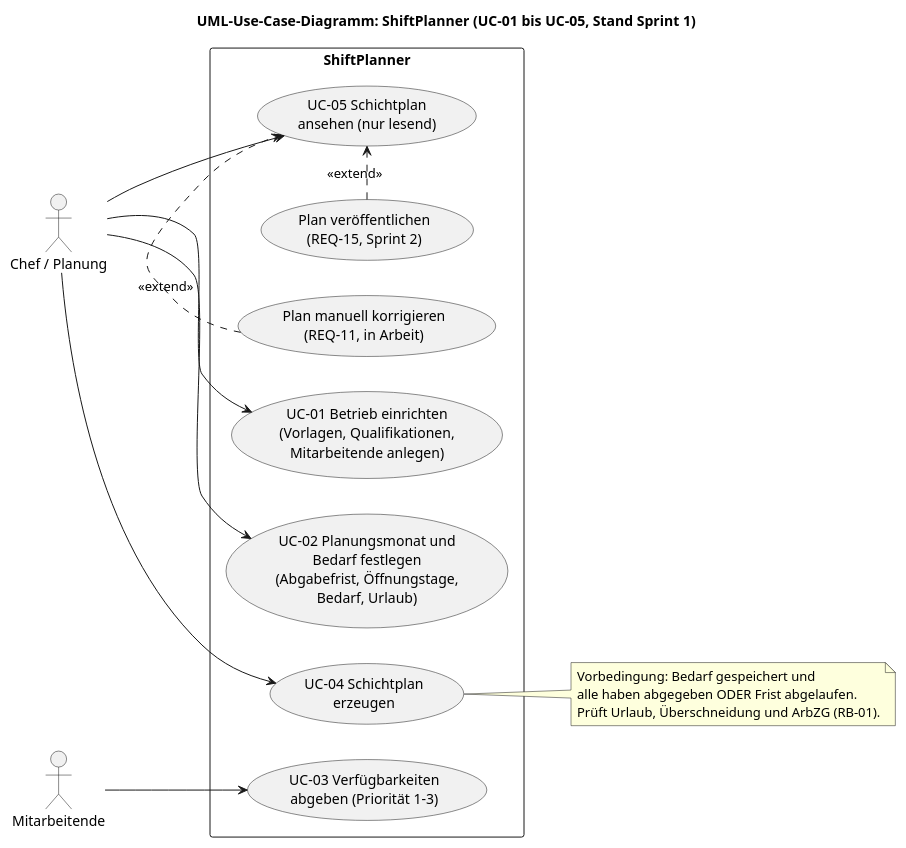
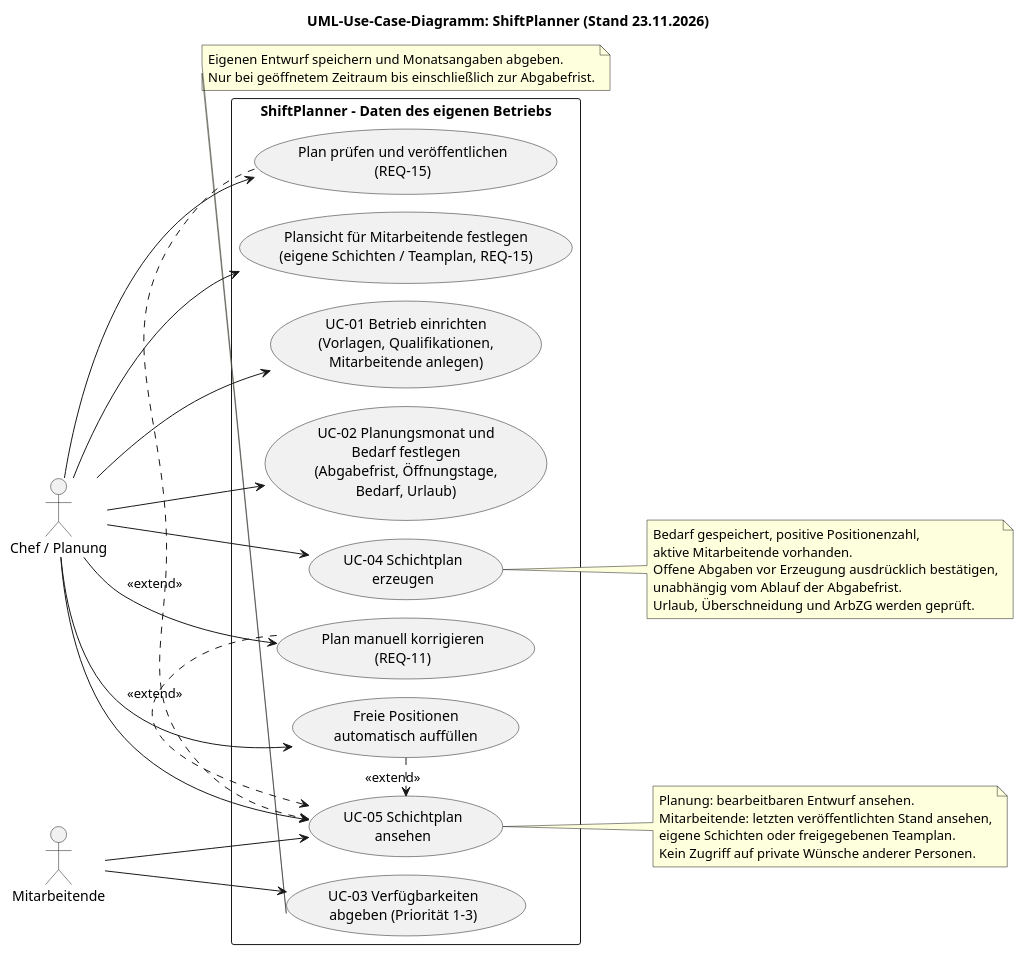
Before and after one commit to shiftplanner-hsfl-team/shiftplanner: the diagram in docs/design/use_case.puml, drawn with PlantUML. The commit also changed 8 other files, not shown here.

Commit message:
DESIGN #58: Übrige Entwurfsdiagramme und Architektur nachziehen

```diff
--- a/docs/design/use_case.puml
+++ b/docs/design/use_case.puml
@@ -1,35 +1,51 @@
 @startuml
-title UML-Use-Case-Diagramm: ShiftPlanner (UC-01 bis UC-05, Stand Sprint 1)
-
+!pragma layout smetana
+title UML-Use-Case-Diagramm: ShiftPlanner (Stand 23.11.2026)
 left to right direction
 skinparam packageStyle rectangle
 
 actor "Chef / Planung" as chef
 actor "Mitarbeitende" as employee
-
-rectangle "ShiftPlanner" {
+rectangle "ShiftPlanner – Daten des eigenen Betriebs" {
   usecase "UC-01 Betrieb einrichten\n(Vorlagen, Qualifikationen,\nMitarbeitende anlegen)" as UC1
   usecase "UC-02 Planungsmonat und\nBedarf festlegen\n(Abgabefrist, Öffnungstage,\nBedarf, Urlaub)" as UC2
   usecase "UC-03 Verfügbarkeiten\nabgeben (Priorität 1–3)" as UC3
   usecase "UC-04 Schichtplan\nerzeugen" as UC4
-  usecase "UC-05 Schichtplan\nansehen (nur lesend)" as UC5
-  usecase "Plan manuell korrigieren\n(REQ-11, in Arbeit)" as UC6
-  usecase "Plan veröffentlichen\n(REQ-15, Sprint 2)" as UC7
+  usecase "UC-05 Schichtplan\nansehen" as UC5
+  usecase "Plan manuell korrigieren\n(REQ-11)" as correction
+  usecase "Freie Positionen\nautomatisch auffüllen" as autofill
+  usecase "Plan prüfen und veröffentlichen\n(REQ-15)" as publish
+  usecase "Plansicht für Mitarbeitende festlegen\n(eigene Schichten / Teamplan, REQ-15)" as visibility
 }
-
 chef --> UC1
 chef --> UC2
 chef --> UC4
 chef --> UC5
+chef --> correction
+chef --> autofill
+chef --> publish
+chef --> visibility
 employee --> UC3
-
-UC6 .> UC5 : <<extend>>
-UC7 .> UC5 : <<extend>>
+employee --> UC5
+correction .> UC5 : <<extend>>
+autofill .> UC5 : <<extend>>
+publish .> UC5 : <<extend>>
 
 note right of UC4
-  Vorbedingung: Bedarf gespeichert und
-  alle haben abgegeben ODER Frist abgelaufen.
-  Prüft Urlaub, Überschneidung und ArbZG (RB-01).
+  Bedarf gespeichert, positive Positionenzahl,
+  aktive Mitarbeitende vorhanden.
+  Offene Abgaben vor Erzeugung ausdrücklich bestätigen,
+  unabhängig vom Ablauf der Abgabefrist.
+  Urlaub, Überschneidung und ArbZG werden geprüft.
 end note
-
+note right of UC5
+  Planung: bearbeitbaren Entwurf ansehen.
+  Mitarbeitende: letzten veröffentlichten Stand ansehen,
+  eigene Schichten oder freigegebenen Teamplan.
+  Kein Zugriff auf private Wünsche anderer Personen.
+end note
+note bottom of UC3
+  Eigenen Entwurf speichern und Monatsangaben abgeben.
+  Nur bei geöffnetem Zeitraum bis einschließlich zur Abgabefrist.
+end note
 @enduml
```
